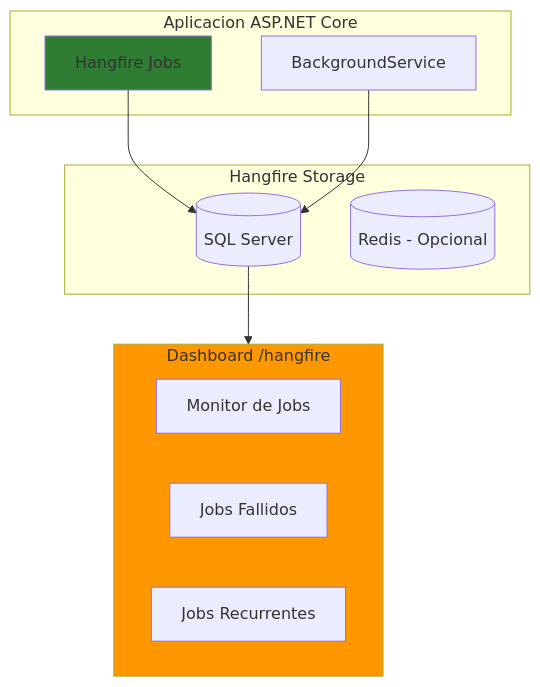
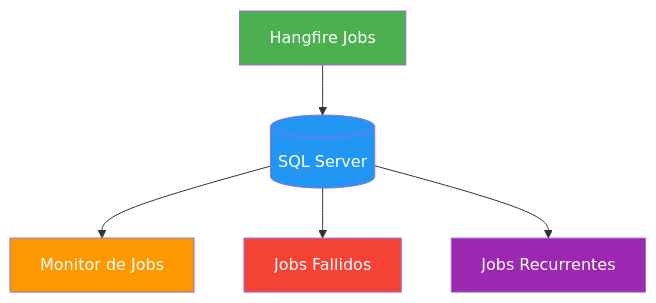
One commit to joseluisgs/DesarrolloWebEntornosServidor-02-2026-2027 changed the fourth of 4 diagrams in 22-tareas-programadas.md. Above: the diagram before and after it, drawn with Mermaid. The commit also changed other lines of this file, not shown here.

````diff
--- a/22-tareas-programadas.md
+++ b/22-tareas-programadas.md
@@ -588,25 +495,12 @@
 ```mermaid
 flowchart TB
-    subgraph App["Aplicacion ASP.NET Core"]
-        BS[BackgroundService]
-        HJ[Hangfire Jobs]
-    end
-    
-    subgraph Storage["Hangfire Storage"]
-        DB[(SQL Server)]
-        Redis[(Redis - Opcional)]
-    end
-    
-    subgraph Dashboard["Dashboard /hangfire"]
-        MJ["Monitor de Jobs"]
-        FJ["Jobs Fallidos"]
-        RJ["Jobs Recurrentes"]
-    end
-    
-    HJ --> DB
-    BS --> DB
-    DB --> Dashboard
-    
-    style HJ fill:#2E7D32
-    style Dashboard fill:#FF9800
+    HJ["Hangfire Jobs"] --> DB[(SQL Server)]
+    DB --> MJ["Monitor de Jobs"]
+    DB --> FJ["Jobs Fallidos"]
+    DB --> RJ["Jobs Recurrentes"]
+    style HJ fill:#4CAF50,color:#fff
+    style DB fill:#2196F3,color:#fff
+    style MJ fill:#FF9800,color:#fff
+    style FJ fill:#f44336,color:#fff
+    style RJ fill:#9C27B0,color:#fff
 ```
````
